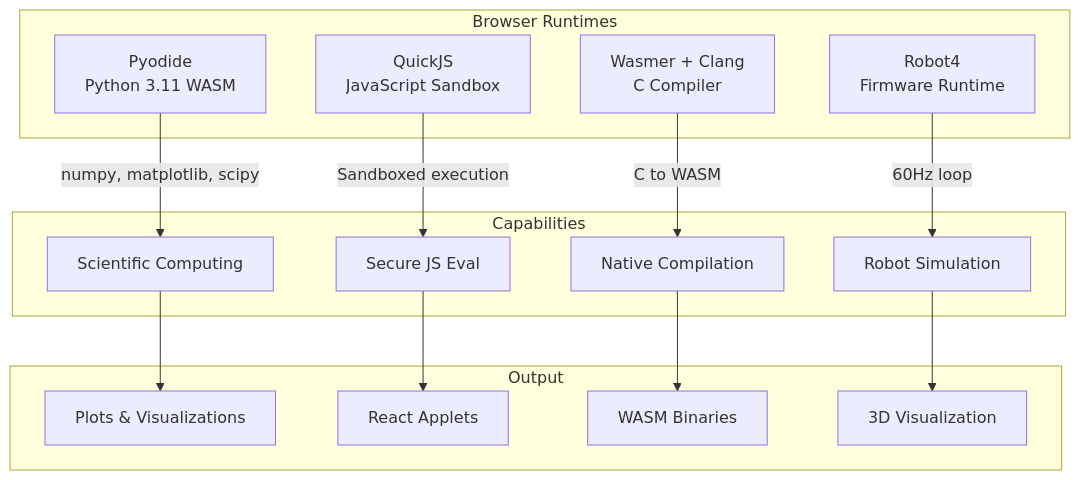
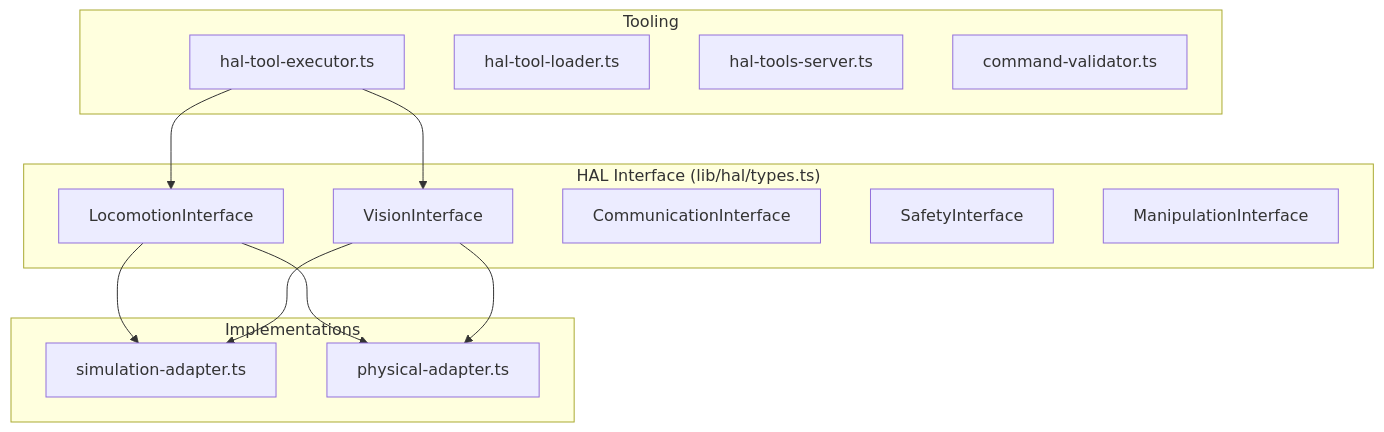
The second of 5 diagrams in docs/architecture/ARCHITECTURE.md (EvolvingAgentsLabs/llmos), drawn with Mermaid before and after one commit. The commit also changed other lines of this file and 20 other files, not shown here.

````diff
--- a/docs/architecture/ARCHITECTURE.md
+++ b/docs/architecture/ARCHITECTURE.md
@@ -395,23 +167,29 @@
 ```mermaid
 graph TB
-    subgraph "Browser Runtimes"
-        PY[Pyodide<br/>Python 3.11 WASM]
-        QJS[QuickJS<br/>JavaScript Sandbox]
-        WASM[Wasmer + Clang<br/>C Compiler]
-        R4[Robot4<br/>Firmware Runtime]
+    subgraph "HAL Interface (lib/hal/types.ts)"
+        LOC[LocomotionInterface]
+        VIS[VisionInterface]
+        COM[CommunicationInterface]
+        SAF[SafetyInterface]
+        MAN[ManipulationInterface]
     end
 
-    subgraph "Capabilities"
-        PY --> |numpy, matplotlib, scipy| SCI[Scientific Computing]
-        QJS --> |Sandboxed execution| SEC[Secure JS Eval]
-        WASM --> |C to WASM| COMP[Native Compilation]
-        R4 --> |60Hz loop| SIM[Robot Simulation]
+    subgraph "Implementations"
+        SIM[simulation-adapter.ts]
+        PHY[physical-adapter.ts]
     end
 
-    subgraph "Output"
-        SCI --> PLOT[Plots & Visualizations]
-        SEC --> APP[React Applets]
-        COMP --> BIN[WASM Binaries]
-        SIM --> V3D[3D Visualization]
+    subgraph "Tooling"
+        EXEC[hal-tool-executor.ts]
+        LOAD[hal-tool-loader.ts]
+        SERV[hal-tools-server.ts]
+        VALID[command-validator.ts]
     end
+
+    LOC --> SIM
+    LOC --> PHY
+    VIS --> SIM
+    VIS --> PHY
+    EXEC --> LOC
+    EXEC --> VIS
 ```
````
